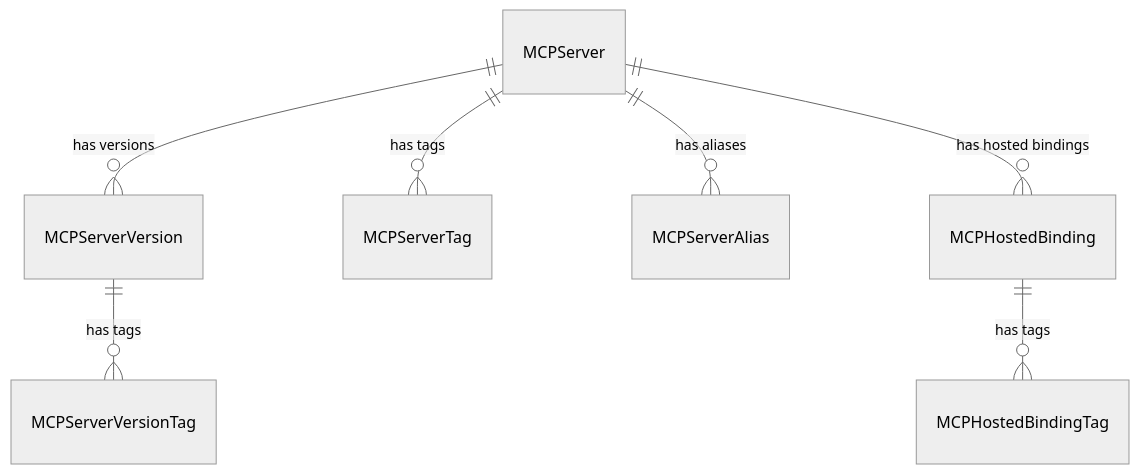
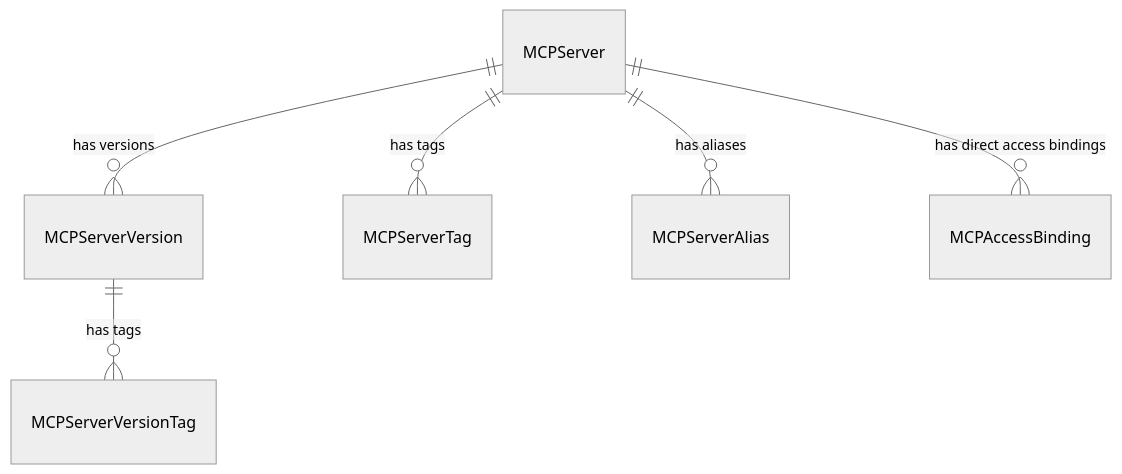
One commit to mlflow/rfcs changed the first of 3 diagrams in rfcs/0004-mcp-registry/0004-mcp-registry.md. Above: the diagram before and after it, drawn with Mermaid (neutral theme). The commit also changed other lines of this file, not shown here.

````diff
--- a/rfcs/0004-mcp-registry/0004-mcp-registry.md
+++ b/rfcs/0004-mcp-registry/0004-mcp-registry.md
@@ -202,9 +241,8 @@
 ```mermaid
 erDiagram
     MCPServer ||--o{ MCPServerVersion : "has versions"
     MCPServer ||--o{ MCPServerTag : "has tags"
     MCPServer ||--o{ MCPServerAlias : "has aliases"
     MCPServerVersion ||--o{ MCPServerVersionTag : "has tags"
-    MCPServer ||--o{ MCPHostedBinding : "has hosted bindings"
-    MCPHostedBinding ||--o{ MCPHostedBindingTag : "has tags"
+    MCPServer ||--o{ MCPAccessBinding : "has direct access bindings"
 ```
````
